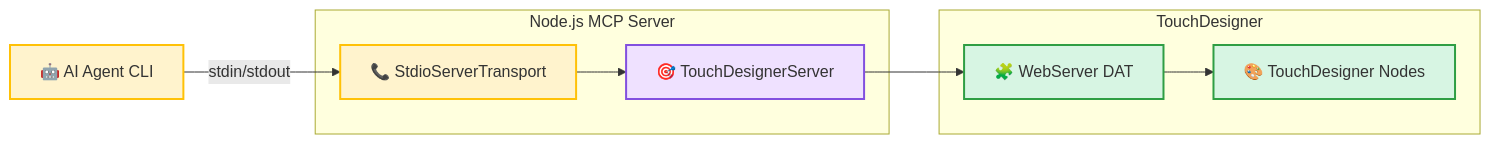
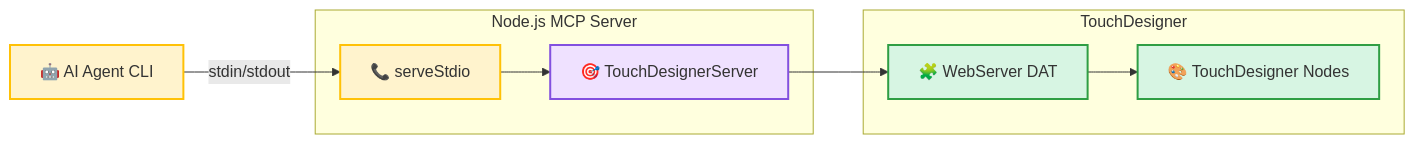
The fourth of 9 diagrams in docs/architecture.md (8beeeaaat/touchdesigner-mcp), drawn with Mermaid before and after one commit. The commit also changed other lines of this file and 42 other files, not shown here.

````diff
--- a/docs/architecture.md
+++ b/docs/architecture.md
@@ -185,24 +181,24 @@
 ```mermaid
 flowchart LR
     A["🤖 AI Agent CLI"]
 
     subgraph Node ["Node.js MCP Server"]
-        T1["📞 StdioServerTransport"]
+        T1["📞 serveStdio"]
         S1["🎯 TouchDesignerServer"]
     end
 
     subgraph TD ["TouchDesigner"]
         W1["🧩 WebServer DAT"]
         P1["🎨 TouchDesigner Nodes"]
     end
 
     A -->|"stdin/stdout"| T1 --> S1 --> W1 --> P1
 
     classDef node fill:#fff3cd,stroke:#ffc107,stroke-width:2px
     classDef core fill:#efe1ff,stroke:#8250df,stroke-width:2px
     classDef td fill:#d7f5e3,stroke:#2f9e44,stroke-width:2px
 
     class T1 node
     class S1 core
     class W1,P1 td
 ```
````
